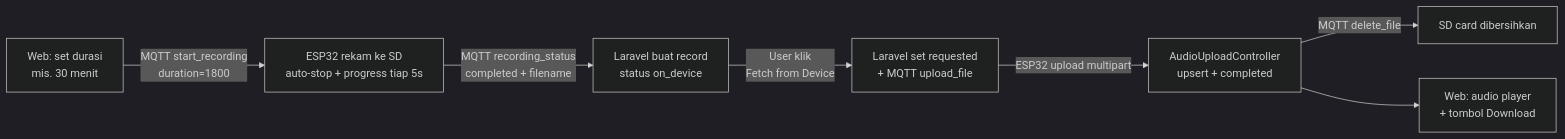
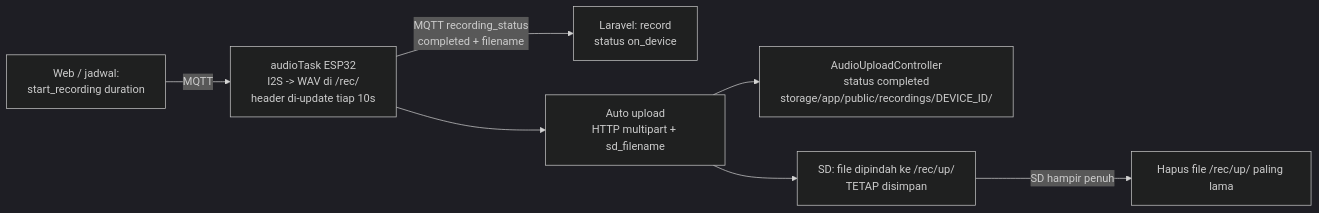
Before and after one commit to rasiharunart1/noisemomtelU: the diagram in AUDIO_RECORDING_GUIDE.md, drawn with Mermaid (dark theme). The commit also changed other lines of this file and 24 other files, not shown here.

````diff
--- a/AUDIO_RECORDING_GUIDE.md
+++ b/AUDIO_RECORDING_GUIDE.md
@@ -9,9 +9,9 @@
 ```mermaid
 flowchart LR
-    A[Web: set durasi\nmis. 30 menit] -->|MQTT start_recording\nduration=1800| B[ESP32 rekam ke SD\nauto-stop + progress tiap 5s]
-    B -->|MQTT recording_status\ncompleted + filename| C[Laravel buat record\nstatus on_device]
-    C -->|User klik\nFetch from Device| D[Laravel set requested\n+ MQTT upload_file]
-    D -->|ESP32 upload multipart| E[AudioUploadController\nupsert + completed]
-    E -->|MQTT delete_file| F[SD card dibersihkan]
-    E --> G[Web: audio player\n+ tombol Download]
+    A["Web / jadwal:<br>start_recording duration"] -->|MQTT| B["audioTask ESP32<br>I2S -> WAV di /rec/<br>header di-update tiap 10s"]
+    B -->|"MQTT recording_status<br>completed + filename"| C["Laravel: record<br>status on_device"]
+    B --> D["Auto upload<br>HTTP multipart + sd_filename"]
+    D --> E["AudioUploadController<br>status completed<br>storage/app/public/recordings/DEVICE_ID/"]
+    D --> F["SD: file dipindah ke /rec/up/<br>TETAP disimpan"]
+    F -->|SD hampir penuh| G["Hapus file /rec/up/ paling lama"]
 ```
````
